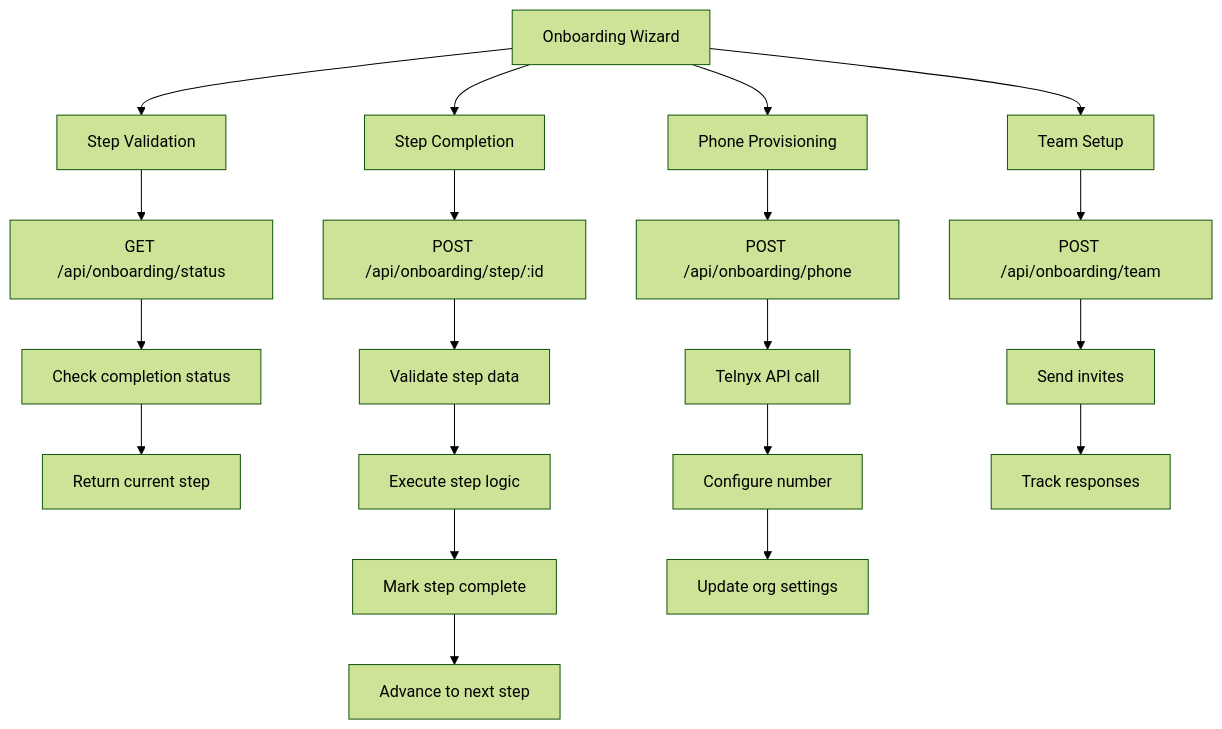
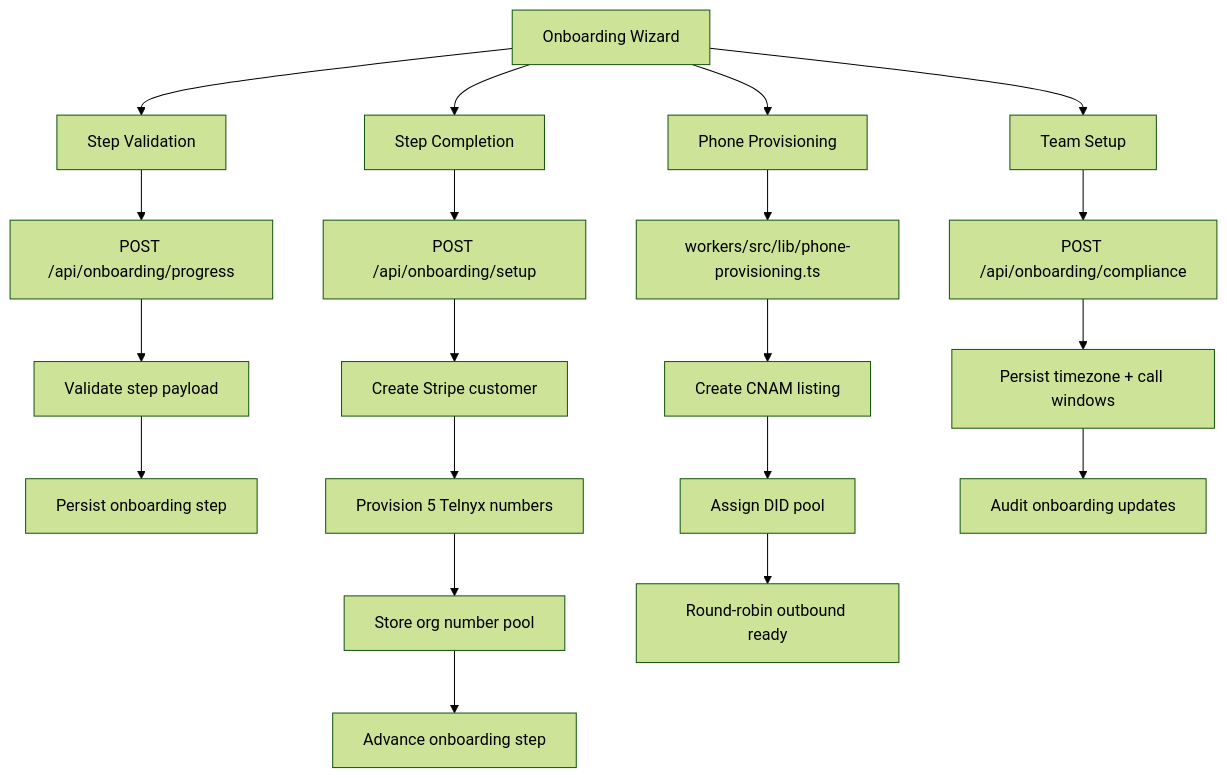
Diagram 33 of 38 in ARCH_DOCS/06-REFERENCE/ENGINEERING_GUIDE.md (adrper79-dot/CallMonitor), drawn with Mermaid (forest theme) before and after one commit. The commit also changed other lines of this file and 89 other files, not shown here.

Commit message:
feat: finalize simulator reliability and production flow updates

````diff
--- a/ARCH_DOCS/06-REFERENCE/ENGINEERING_GUIDE.md
+++ b/ARCH_DOCS/06-REFERENCE/ENGINEERING_GUIDE.md
@@ -2035,25 +2035,25 @@
 ```mermaid
 flowchart TD
     A[Onboarding Wizard] --> B[Step Validation]
-    B --> C[GET /api/onboarding/status]
-    C --> D[Check completion status]
-    D --> E[Return current step]
+    B --> C[POST /api/onboarding/progress]
+    C --> D[Validate step payload]
+    D --> E[Persist onboarding step]
 
     A --> F[Step Completion]
-    F --> G[POST /api/onboarding/step/:id]
-    G --> H[Validate step data]
-    H --> I[Execute step logic]
-    I --> J[Mark step complete]
-    J --> K[Advance to next step]
+    F --> G[POST /api/onboarding/setup]
+    G --> H[Create Stripe customer]
+    H --> I[Provision 5 Telnyx numbers]
+    I --> J[Store org number pool]
+    J --> K[Advance onboarding step]
 
     A --> L[Phone Provisioning]
-    L --> M[POST /api/onboarding/phone]
-    M --> N[Telnyx API call]
-    N --> O[Configure number]
-    O --> P[Update org settings]
+    L --> M[workers/src/lib/phone-provisioning.ts]
+    M --> N[Create CNAM listing]
+    N --> O[Assign DID pool]
+    O --> P[Round-robin outbound ready]
 
     A --> Q[Team Setup]
-    Q --> R[POST /api/onboarding/team]
-    R --> S[Send invites]
-    S --> T[Track responses]
+    Q --> R[POST /api/onboarding/compliance]
+    R --> S[Persist timezone + call windows]
+    S --> T[Audit onboarding updates]
 ```
````
